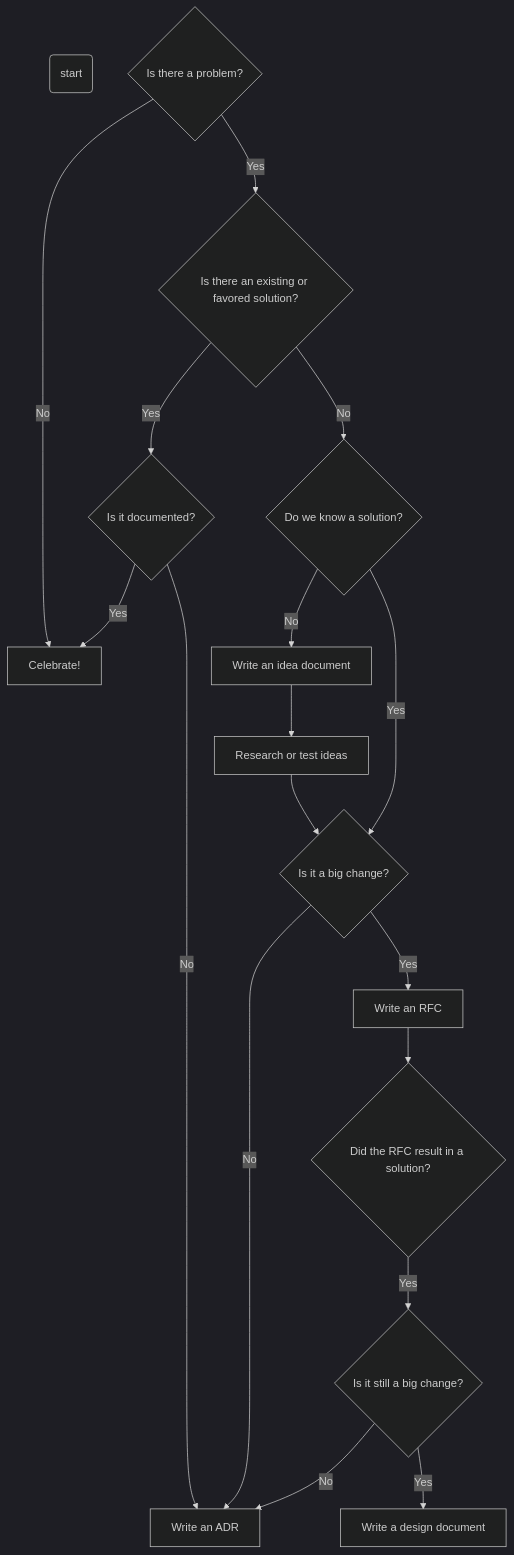
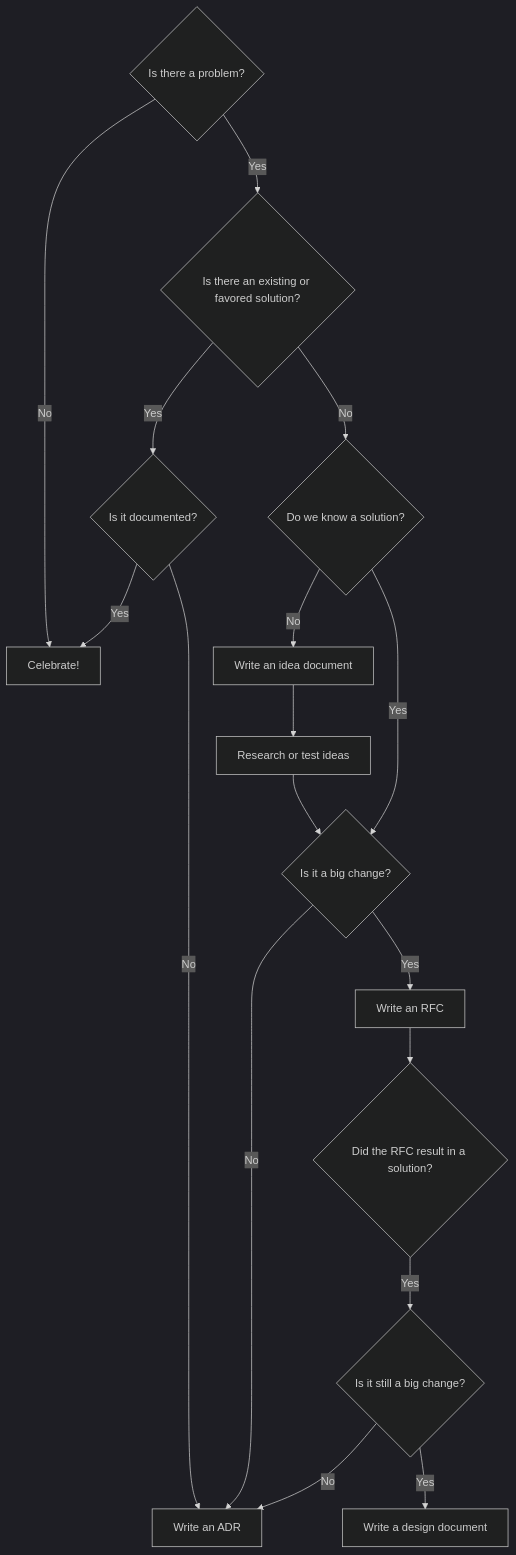
Before and after one commit to f1337/f1337.github.io: the diagram in scratchpad/flowchart.md, drawn with Mermaid (dark theme). The commit also changed other lines of this file, not shown here.

Commit message:
scratchpad/flowchart.md updated from https://stackedit.io/

````diff
--- a/scratchpad/flowchart.md
+++ b/scratchpad/flowchart.md
@@ -3,20 +3,19 @@
 ```mermaid
 graph TD
-START(start) 
 PROBLEM{Is there a problem?} -- No --> CELEB[Celebrate!]
 PROBLEM -- Yes --> ISSOLVED{Is there an existing or favored solution?}
 ISSOLVED -- Yes --> DOC{Is it documented?}
 DOC -- Yes --> CELEB
 ISSOLVED -- No --> ISKNOWN{Do we know a solution?}
 ISKNOWN -- No --> IDEA[Write an idea document]
 IDEA --> TEST[Research or test ideas]
 TEST --> ISBIG{Is it a big change?}
 ISKNOWN -- Yes --> ISBIG
 ISBIG -- No --> ADR[Write an ADR]
 DOC -- No --> ADR
 ISBIG -- Yes --> RFC[Write an RFC]
 RFC --> RFCSOLVE{Did the RFC result in a solution?}
 RFCSOLVE -- Yes --> ISBIGTOO{Is it still a big change?}
 ISBIGTOO -- No --> ADR
 ISBIGTOO -- Yes --> DD[Write a design document]
 ```
````
